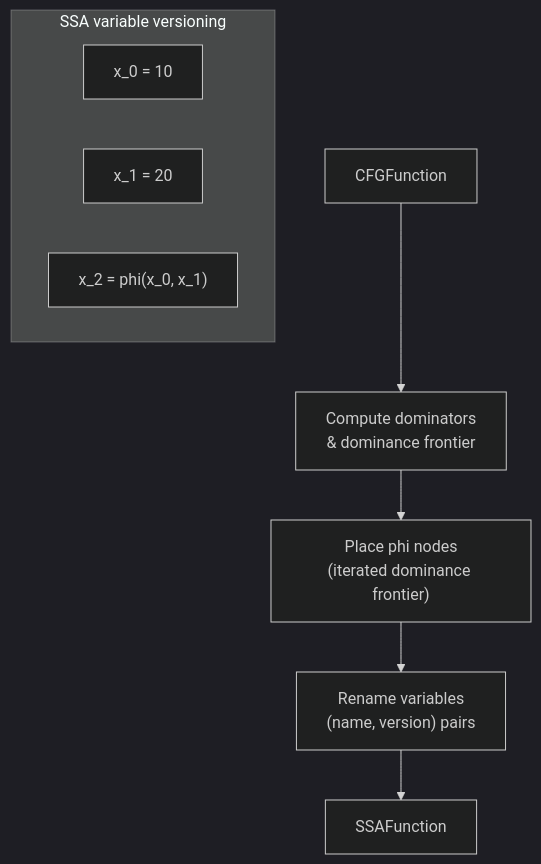
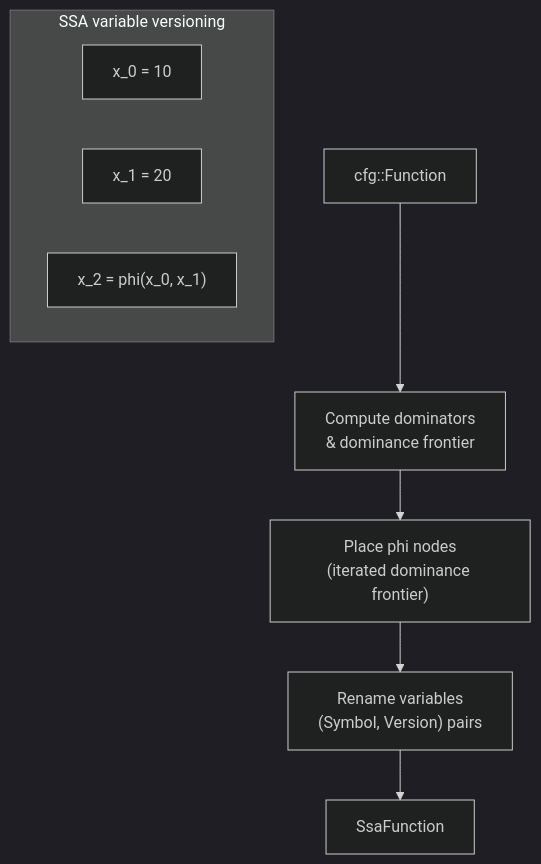
Diagram 11 of 20 in docs/design/compiler-architecture.md (bitwisecook/tcl-lsp), drawn with Mermaid (dark theme) before and after one commit. The commit also changed other lines of this file and 5 other files, not shown here.

````diff
--- a/docs/design/compiler-architecture.md
+++ b/docs/design/compiler-architecture.md
@@ -435,14 +498,14 @@
 ```mermaid
 flowchart TD
-    CFG["CFGFunction"] --> DOM["Compute dominators<br/>& dominance frontier"]
+    CFG["cfg::Function"] --> DOM["Compute dominators<br/>& dominance frontier"]
     DOM --> PHI["Place phi nodes<br/>(iterated dominance frontier)"]
-    PHI --> REN["Rename variables<br/>(name, version) pairs"]
-    REN --> SSA["SSAFunction"]
+    PHI --> REN["Rename variables<br/>(Symbol, Version) pairs"]
+    REN --> SSA["SsaFunction"]
 
     subgraph "SSA variable versioning"
         direction LR
         V0["x_0 = 10"]
         V1["x_1 = 20"]
         V2["x_2 = phi(x_0, x_1)"]
     end
 ```
````
